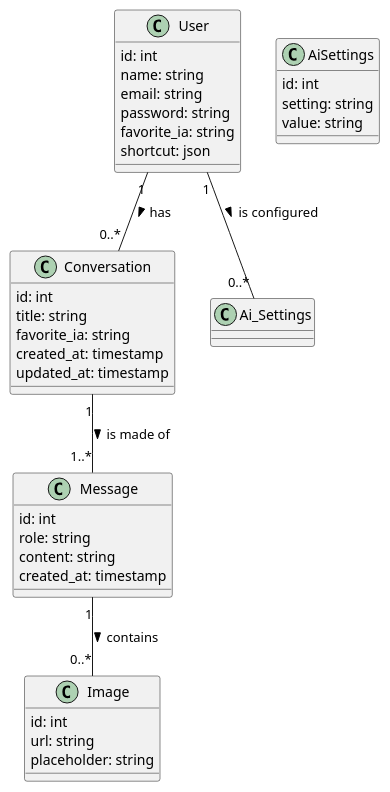
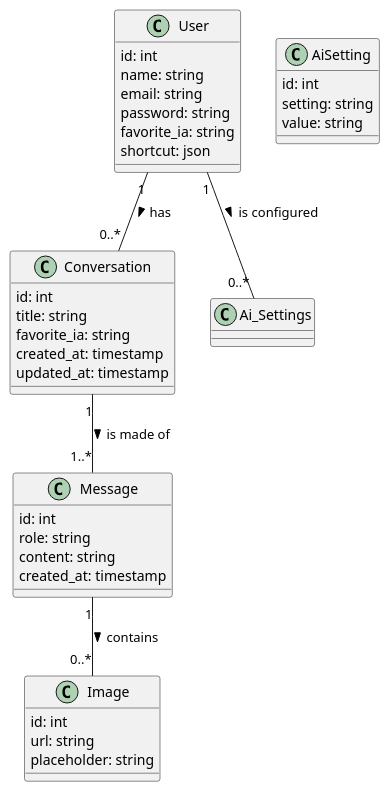
The diagram in docs/class_diagram.puml (AlphaXZero/AI_Chat), drawn with PlantUML before and after one commit. The commit also changed 2 other files, not shown here.

Commit message:
feat: add ai_settings_table and command in users

```diff
--- a/docs/class_diagram.puml
+++ b/docs/class_diagram.puml
@@ -1,39 +1,39 @@
 @startuml
 class User {
   id: int
   name: string
   email: string
   password: string
   favorite_ia: string
   shortcut: json
   ' Structure du shortcut (tableau d'objets) :
   ' [{ "shortcut": "hi", "command": "hello " }, ...]
 }
-class AiSettings {
+class AiSetting {
   id: int
   setting: string
   value: string
 }
 class Conversation {
   id: int
   title: string
   favorite_ia: string
   created_at: timestamp
   updated_at: timestamp
 }
 class Message {
   id: int
   role: string
   content: string
   created_at: timestamp
 }
 class Image {
   id: int
   url: string
   placeholder: string
 }
 User "1" -- "0..*" Conversation : has >
 User "1" -- "0..*" Ai_Settings : is configured >
 Conversation "1" -- "1..*" Message : is made of >
 Message "1" -- "0..*" Image : contains >
 @enduml
```
